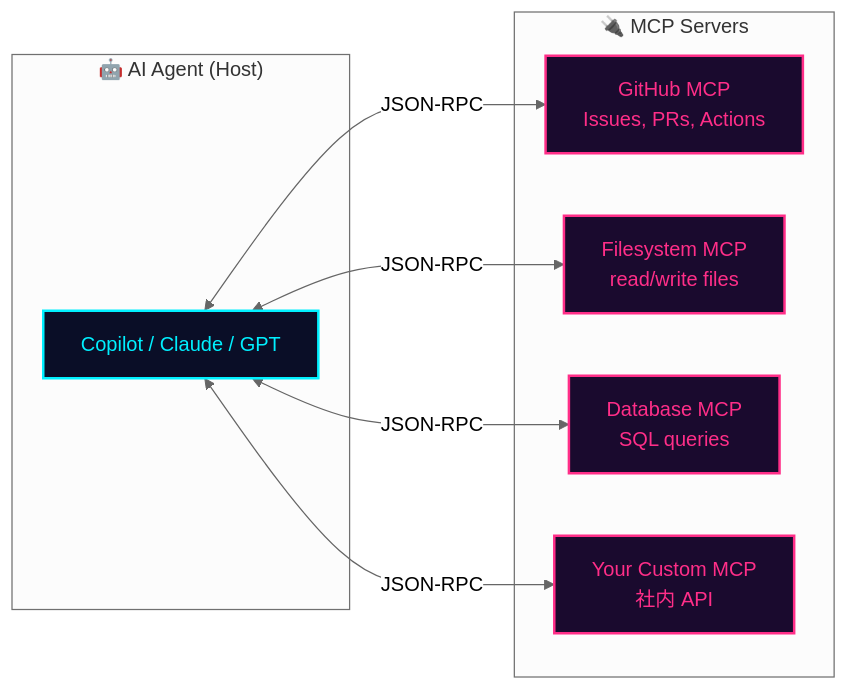
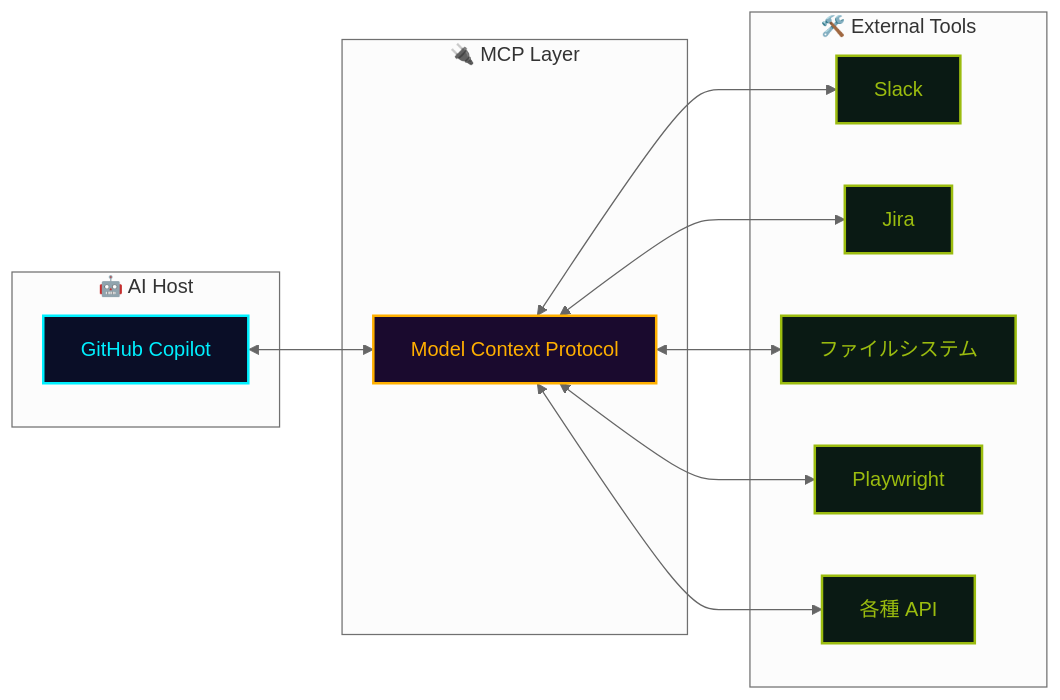
The first of 2 diagrams in src/content/glossary/mcp.md (theomonfort/theomonfort), drawn with Mermaid (neutral theme) before and after one commit. The commit also changed other lines of this file and 40 other files, not shown here.

````diff
--- a/src/content/glossary/mcp.md
+++ b/src/content/glossary/mcp.md
@@ -24,21 +42,29 @@
 ```mermaid
 flowchart LR
-  subgraph Client["🤖 AI Agent (Host)"]
-    LLM[Copilot / Claude / GPT]
+  subgraph Host["🤖 AI Host"]
+    LLM[GitHub Copilot]
   end
-  subgraph Servers["🔌 MCP Servers"]
-    GH[GitHub MCP<br/>Issues, PRs, Actions]
-    FS[Filesystem MCP<br/>read/write files]
-    DB[Database MCP<br/>SQL queries]
-    Custom[Your Custom MCP<br/>社内 API]
+  subgraph MCP["🔌 MCP Layer"]
+    P[Model Context Protocol]
   end
-  LLM <-->|JSON-RPC| GH
-  LLM <-->|JSON-RPC| FS
-  LLM <-->|JSON-RPC| DB
-  LLM <-->|JSON-RPC| Custom
+  subgraph Tools["🛠️ External Tools"]
+    SL[Slack]
+    JR[Jira]
+    FS[ファイルシステム]
+    PW[Playwright]
+    API[各種 API]
+  end
+  LLM <--> P
+  P <--> SL
+  P <--> JR
+  P <--> FS
+  P <--> PW
+  P <--> API
 
   classDef host fill:#0a0e27,stroke:#00f0ff,color:#00f0ff,stroke-width:2px
-  classDef server fill:#1a0a2e,stroke:#ff2e88,color:#ff2e88,stroke-width:2px
+  classDef proto fill:#1a0a2e,stroke:#ffb000,color:#ffb000,stroke-width:2px
+  classDef tool fill:#0a1a14,stroke:#9bbc0f,color:#9bbc0f,stroke-width:2px
   class LLM host
-  class GH,FS,DB,Custom server
+  class P proto
+  class SL,JR,FS,PW,API tool
 ```
````
